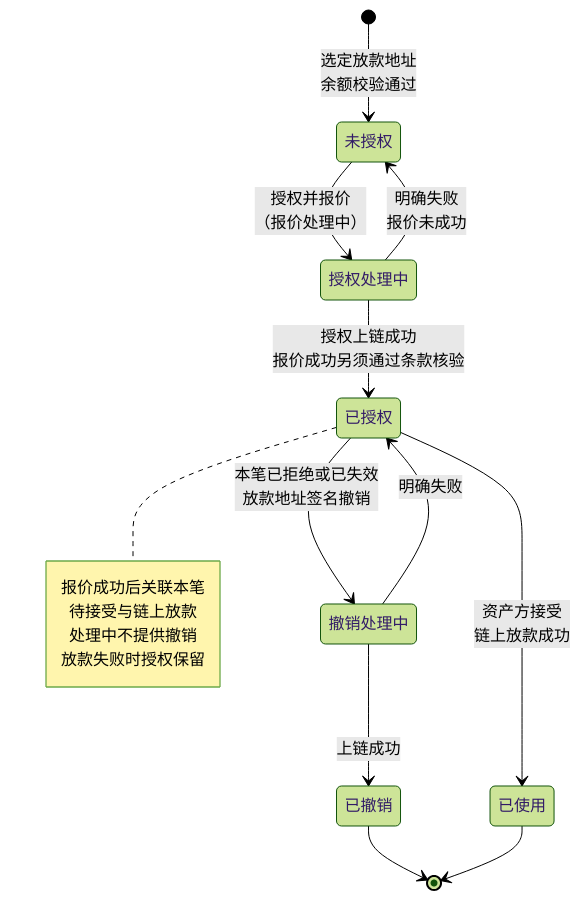
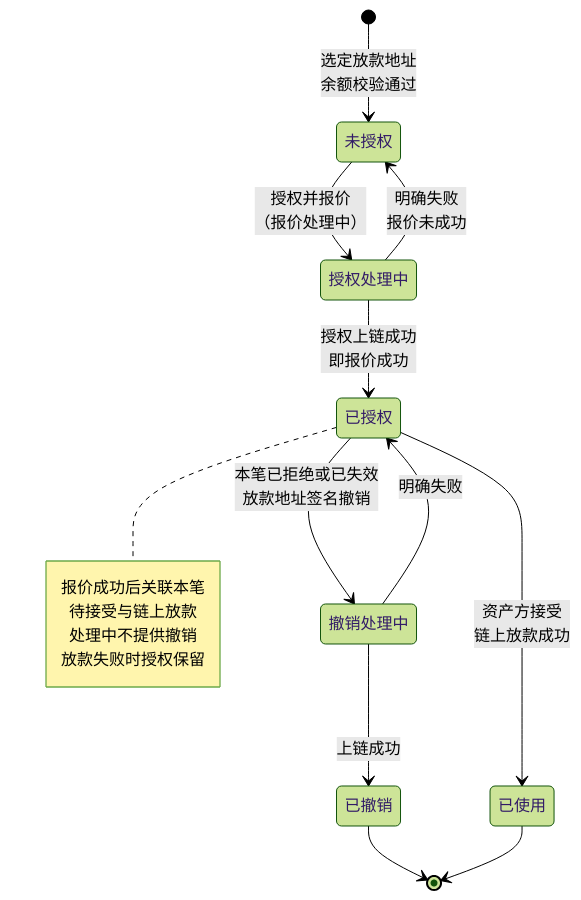
Before and after one commit to wxblockchain/Chain-Financing: the tenth of 10 diagrams in lending-platform/PRD/面客端/06-借贷广场-授信报价与接受拒绝/02-授信报价与接受拒绝-流程图与状态机.md, drawn with Mermaid (forest theme). The commit also changed other lines of this file and 49 other files, not shown here.

````diff
--- a/lending-platform/PRD/面客端/06-借贷广场-授信报价与接受拒绝/02-授信报价与接受拒绝-流程图与状态机.md
+++ b/lending-platform/PRD/面客端/06-借贷广场-授信报价与接受拒绝/02-授信报价与接受拒绝-流程图与状态机.md
@@ -283,25 +283,25 @@
 ```mermaid
 stateDiagram-v2
   state "未授权" as NONE
   state "授权处理中" as GRANTING
   state "已授权" as GRANTED
   state "撤销处理中" as REVOKING
   state "已撤销" as REVOKED
   state "已使用" as USED
   [*] --> NONE: 选定放款地址<br/>余额校验通过
   NONE --> GRANTING: 授权并报价<br/>（报价处理中）
   GRANTING --> NONE: 明确失败<br/>报价未成功
-  GRANTING --> GRANTED: 授权上链成功<br/>报价成功另须通过条款核验
+  GRANTING --> GRANTED: 授权上链成功<br/>即报价成功
   GRANTED --> REVOKING: 本笔已拒绝或已失效<br/>放款地址签名撤销
   REVOKING --> GRANTED: 明确失败
   REVOKING --> REVOKED: 上链成功
   GRANTED --> USED: 资产方接受<br/>链上放款成功
   REVOKED --> [*]
   USED --> [*]
   note right of GRANTED
     报价成功后关联本笔
     待接受与链上放款
     处理中不提供撤销
     放款失败时授权保留
   end note
 ```
````
